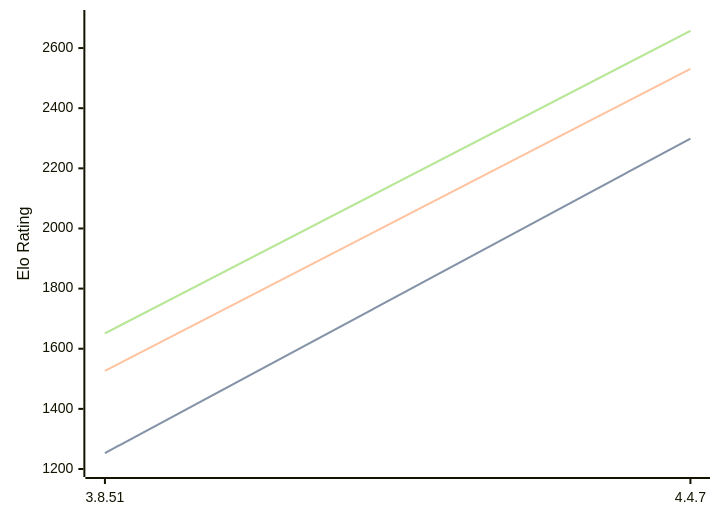
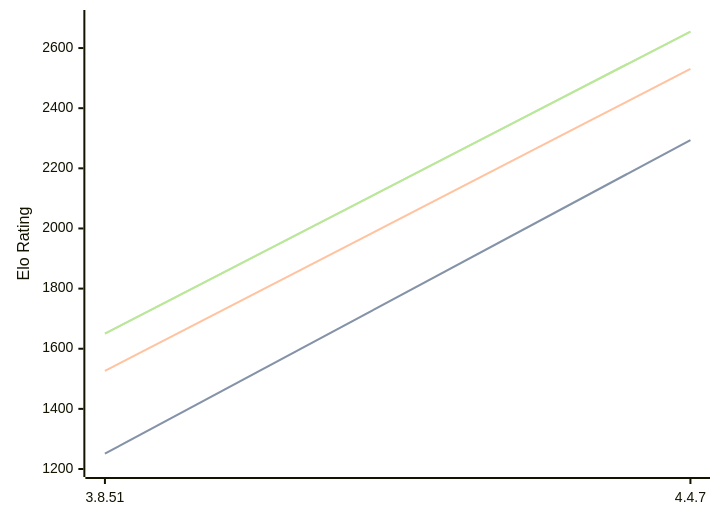
The diagram in engines/Scoria.md (computer-chess-index/cci), drawn with Mermaid before and after one commit. The commit also changed other lines of this file, not shown here.

Commit message:
Update CCI Ratings (ELO VLTC) - 2026-09-17

````diff
--- a/engines/Scoria.md
+++ b/engines/Scoria.md
@@ -32,11 +32,11 @@
 ```mermaid
 %%{init: {"theme":"base","themeVariables":{"seriesColors:['#a3a3a3','#222221','#faa371']}}}%%
 xychart-beta
   x-axis ["3.8.51", "4.4.7"]
   y-axis "Elo Rating" 1200 --> 2700
-  line "" [1253, 2299]
-  line "STC (8.0+0.08s)" [1253, 2299]
+  line "" [1251, 2294]
+  line "STC (8.0+0.08s)" [1251, 2294]
   line "LTC (60.0+0.60s)" [1526, 2531]
-  line "" [1651, 2657]
-  line "VLTC (2m24s+1.12s)" [1651, 2657]
+  line "" [1650, 2655]
+  line "VLTC (2m24s+1.12s)" [1650, 2655]
 ```
````
